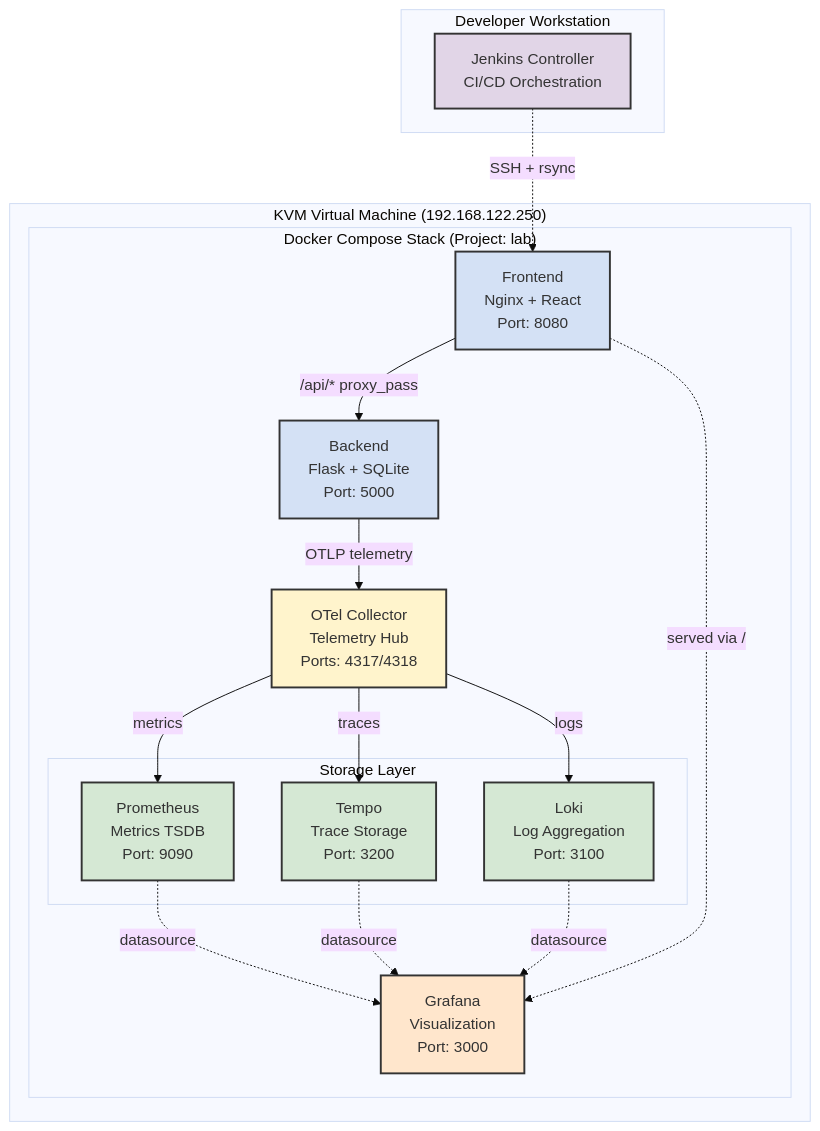
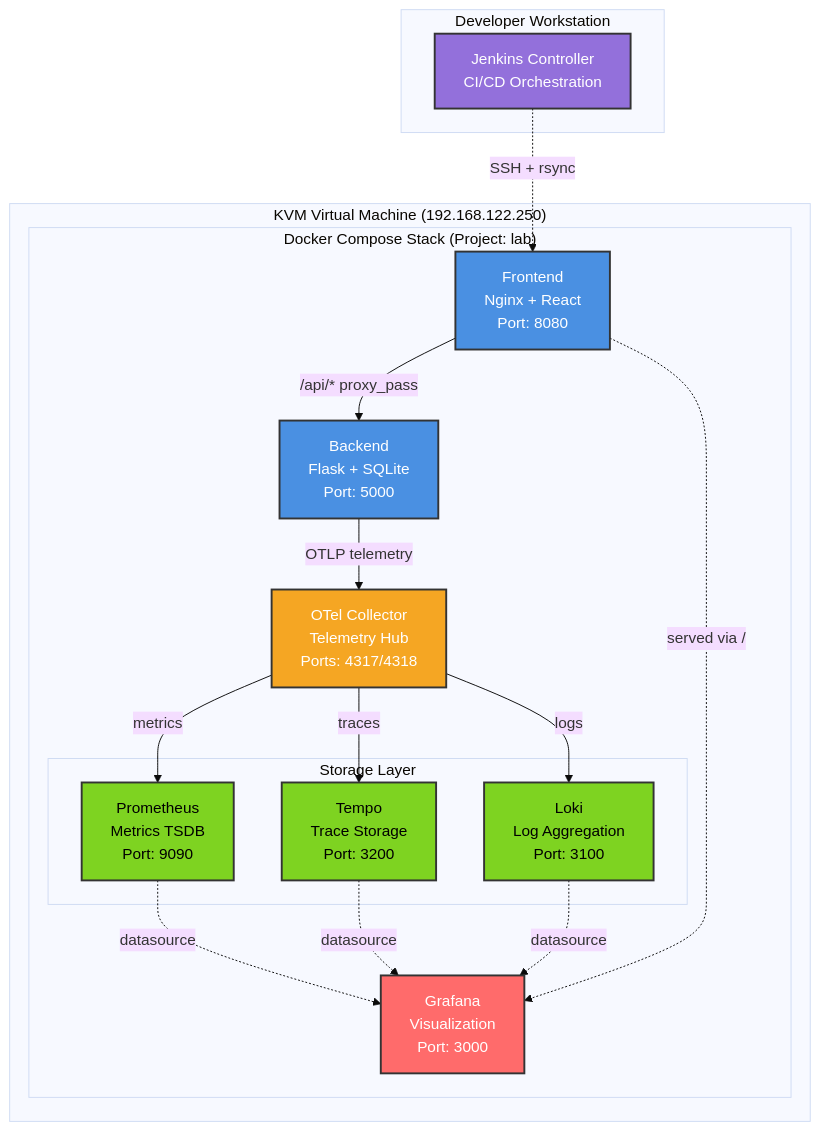
One commit to illusivegit/Opentelemetry_Observability_Lab changed the diagram in docs/phase-1-docker-compose/ARCHITECTURE.md. Above: the diagram before and after it, drawn with Mermaid (base theme).

````diff
--- a/docs/phase-1-docker-compose/ARCHITECTURE.md
+++ b/docs/phase-1-docker-compose/ARCHITECTURE.md
@@ -108,51 +108,51 @@
 ```mermaid
 graph TB
     subgraph dev["Developer Workstation"]
         jenkins[Jenkins Controller<br/>CI/CD Orchestration]
     end
 
     subgraph kvm["KVM Virtual Machine (192.168.122.250)"]
         subgraph compose["Docker Compose Stack (Project: lab)"]
             frontend[Frontend<br/>Nginx + React<br/>Port: 8080]
             backend[Backend<br/>Flask + SQLite<br/>Port: 5000]
             collector[OTel Collector<br/>Telemetry Hub<br/>Ports: 4317/4318]
 
             subgraph storage["Storage Layer"]
                 prometheus[Prometheus<br/>Metrics TSDB<br/>Port: 9090]
                 tempo[Tempo<br/>Trace Storage<br/>Port: 3200]
                 loki[Loki<br/>Log Aggregation<br/>Port: 3100]
             end
 
             grafana[Grafana<br/>Visualization<br/>Port: 3000]
         end
     end
 
     %% Connections
     jenkins -.->|SSH + rsync| frontend
 
     frontend -->|/api/* proxy_pass| backend
     backend -->|OTLP telemetry| collector
 
     collector -->|traces| tempo
     collector -->|metrics| prometheus
     collector -->|logs| loki
 
     prometheus -.->|datasource| grafana
     tempo -.->|datasource| grafana
     loki -.->|datasource| grafana
 
     frontend -.->|served via /| grafana
 
-    %% Styling
-    classDef jenkins fill:#e1d5e7,stroke:#333,stroke-width:2px
-    classDef app fill:#d4e1f5,stroke:#333,stroke-width:2px
-    classDef telemetry fill:#fff4cc,stroke:#333,stroke-width:2px
-    classDef storage fill:#d5e8d4,stroke:#333,stroke-width:2px
-    classDef viz fill:#ffe6cc,stroke:#333,stroke-width:2px
+    %% Styling with better contrast
+    classDef jenkins fill:#9370DB,stroke:#333,stroke-width:2px,color:#fff
+    classDef app fill:#4A90E2,stroke:#333,stroke-width:2px,color:#fff
+    classDef telemetry fill:#F5A623,stroke:#333,stroke-width:2px,color:#fff
+    classDef storage fill:#7ED321,stroke:#333,stroke-width:2px,color:#000
+    classDef viz fill:#FF6B6B,stroke:#333,stroke-width:2px,color:#fff
 
     class jenkins jenkins
     class frontend,backend app
     class collector telemetry
     class prometheus,tempo,loki storage
     class grafana viz
 ```
````
